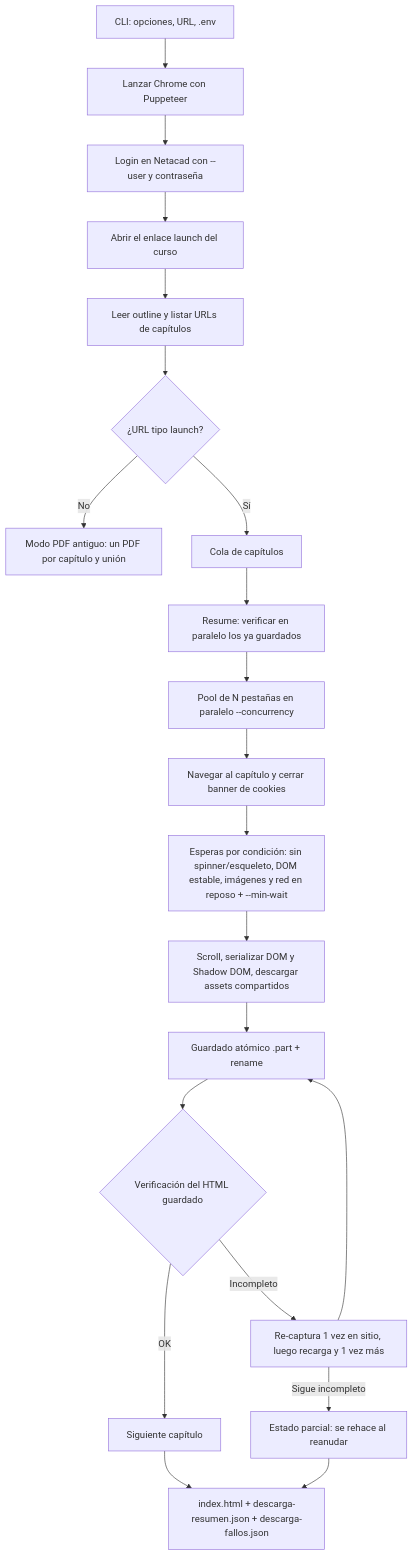
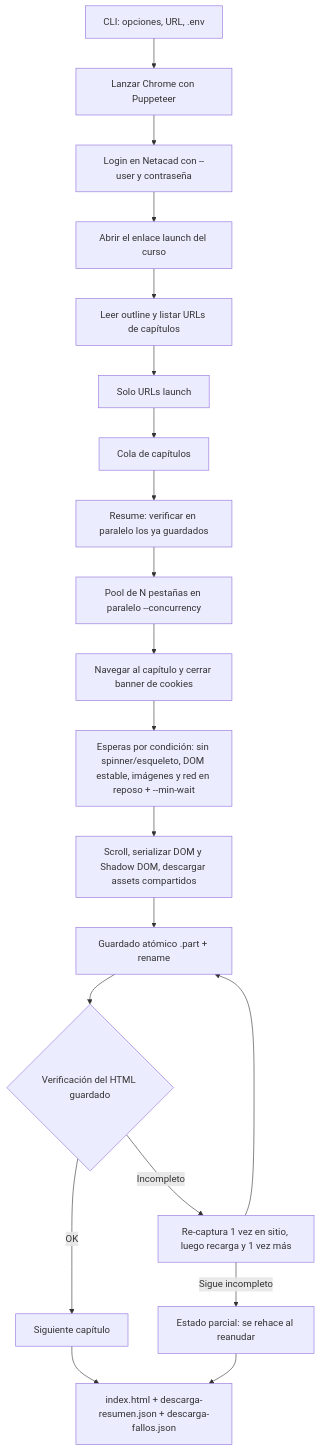
The diagram in DOCUMENTACION.md (Bubblebug17/ccna-dl), drawn with Mermaid before and after one commit. The commit also changed other lines of this file and 20 other files, not shown here.

Commit message:
refactor: opciones de depuracion con prefijo --debug-, purga del modo PDF y codigo muerto, perf de esperas

````diff
--- a/DOCUMENTACION.md
+++ b/DOCUMENTACION.md
@@ -265,23 +266,22 @@
 ```mermaid
 flowchart TD
     A[CLI: opciones, URL, .env] --> B[Lanzar Chrome con Puppeteer]
     B --> C[Login en Netacad con --user y contraseña]
     C --> D[Abrir el enlace launch del curso]
     D --> E[Leer outline y listar URLs de capítulos]
-    E --> F{¿URL tipo launch?}
-    F -- No --> P[Modo PDF antiguo: un PDF por capítulo y unión]
-    F -- Sí --> G[Cola de capítulos]
+    E --> F[Solo URLs launch]
+    F --> G[Cola de capítulos]
     G --> V[Resume: verificar en paralelo los ya guardados]
     V --> H[Pool de N pestañas en paralelo --concurrency]
     H --> I[Navegar al capítulo y cerrar banner de cookies]
     I --> J[Esperas por condición: sin spinner/esqueleto, DOM estable, imágenes y red en reposo + --min-wait]
     J --> K[Scroll, serializar DOM y Shadow DOM, descargar assets compartidos]
     K --> L[Guardado atómico .part + rename]
     L --> M{Verificación del HTML guardado}
     M -- Incompleto --> R[Re-captura 1 vez en sitio, luego recarga y 1 vez más]
     R --> L
     M -- OK --> S[Siguiente capítulo]
     R -- Sigue incompleto --> X[Estado parcial: se rehace al reanudar]
     S --> Z[index.html + descarga-resumen.json + descarga-fallos.json]
     X --> Z
 ```
````
